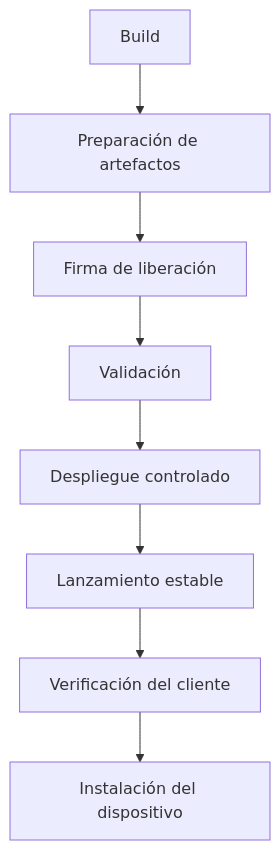
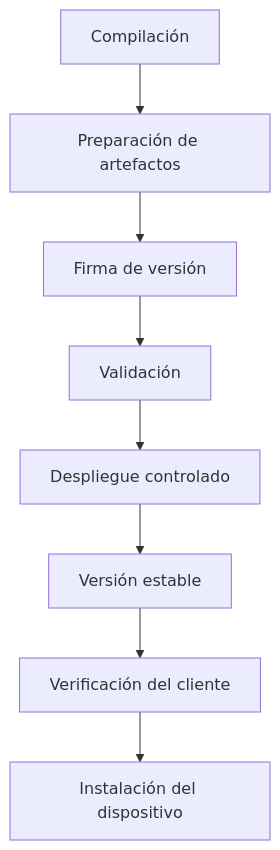
One commit to enigm-llc/docs changed the first of 3 diagrams in es/os/ota-architecture.mdx. Above: the diagram before and after it, drawn with Mermaid. The commit also changed other lines of this file and 41 other files, not shown here.

````diff
--- a/es/os/ota-architecture.mdx
+++ b/es/os/ota-architecture.mdx
@@ -15,19 +15,19 @@
 ```mermaid
 flowchart TD
-  Build["Build"]
+  Compilación["Compilación"]
   Prepare["Preparación de artefactos"]
-  Signing["Firma de liberación"]
+  Signing["Firma de versión"]
   Validation["Validación"]
   Rollout["Despliegue controlado"]
-  Stable["Lanzamiento estable"]
+  Stable["Versión estable"]
   Client["Verificación del cliente"]
   Install["Instalación del dispositivo"]
 
-  Build --> Prepare
+  Compilación --> Prepare
   Prepare --> Signing
   Signing --> Validation
   Validation --> Rollout
   Rollout --> Stable
   Stable --> Client
   Client --> Install
 ```
````
